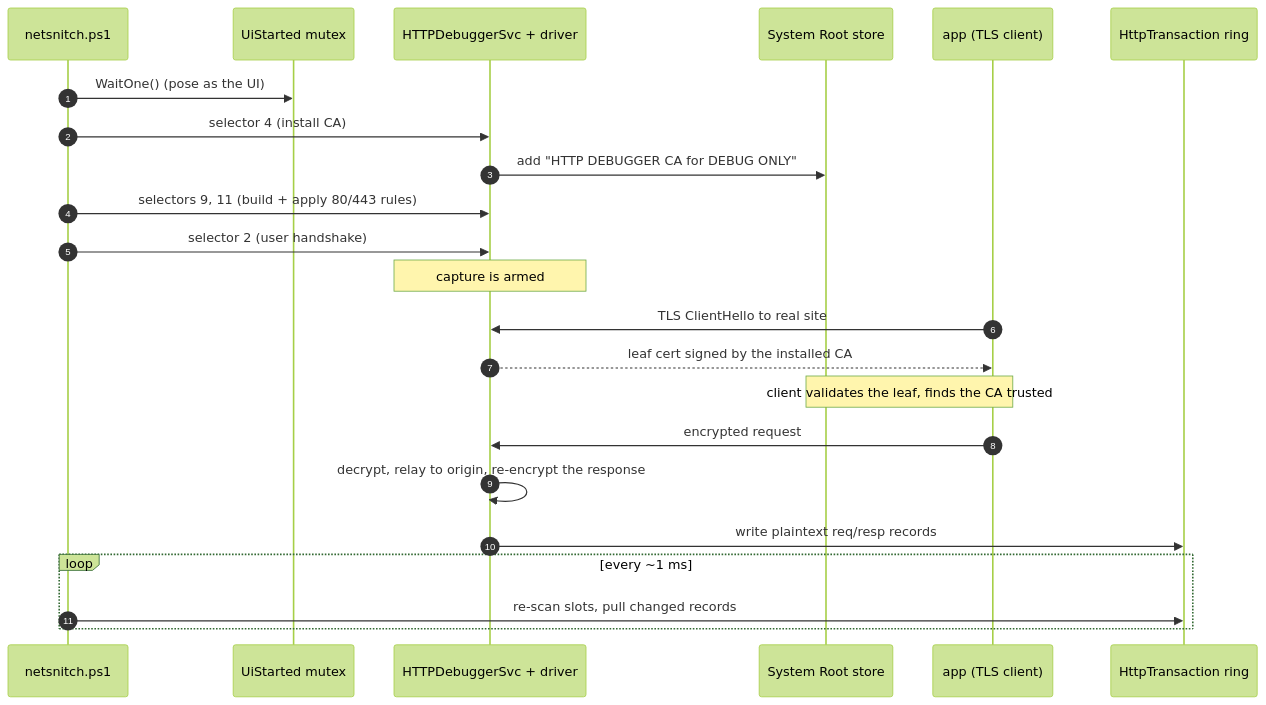
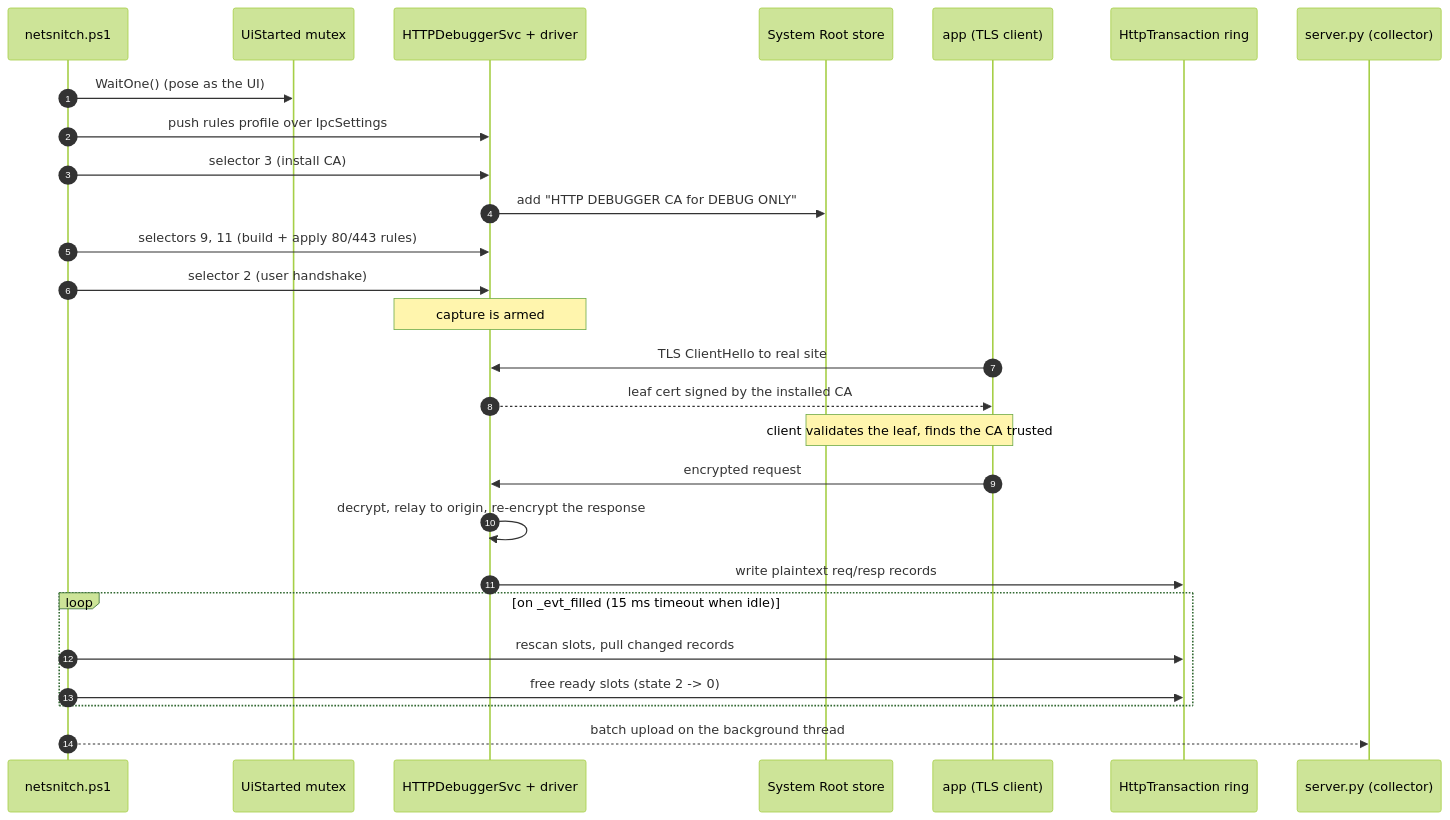
Before and after one commit to portbuster1337/NetSnitch: the second of 2 diagrams in README.md, drawn with Mermaid (forest theme). The commit also changed other lines of this file and 1 other file, not shown here.

````diff
--- a/README.md
+++ b/README.md
@@ -191,26 +199,30 @@
 ```mermaid
 sequenceDiagram
     autonumber
     participant S as netsnitch.ps1
     participant M as UiStarted mutex
     participant E as HTTPDebuggerSvc + driver
     participant R as System Root store
     participant C as app (TLS client)
     participant T as HttpTransaction ring
+    participant K as server.py (collector)
 
     S->>M: WaitOne() (pose as the UI)
-    S->>E: selector 4 (install CA)
+    S->>E: push rules profile over IpcSettings
+    S->>E: selector 3 (install CA)
     E->>R: add "HTTP DEBUGGER CA for DEBUG ONLY"
     S->>E: selectors 9, 11 (build + apply 80/443 rules)
     S->>E: selector 2 (user handshake)
     Note over E: capture is armed
     C->>E: TLS ClientHello to real site
     E-->>C: leaf cert signed by the installed CA
     Note over C,R: client validates the leaf, finds the CA trusted
     C->>E: encrypted request
     E->>E: decrypt, relay to origin, re-encrypt the response
     E->>T: write plaintext req/resp records
-    loop every ~1 ms
-        S->>T: re-scan slots, pull changed records
+    loop on _evt_filled (15 ms timeout when idle)
+        S->>T: rescan slots, pull changed records
+        S->>T: free ready slots (state 2 -> 0)
     end
+    S-->>K: batch upload on the background thread
 ```
````
